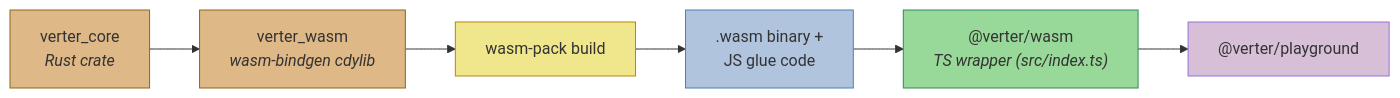
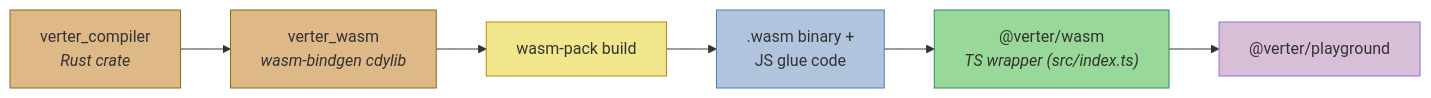
Before and after one commit to pikax/verter: the first of 3 diagrams in packages/wasm/README.md, drawn with Mermaid. The commit also changed other lines of this file and 29 other files, not shown here.

````diff
--- a/packages/wasm/README.md
+++ b/packages/wasm/README.md
@@ -16,15 +16,15 @@
 ```mermaid
 graph LR
-    A["verter_core<br/><i>Rust crate</i>"] --> B["verter_wasm<br/><i>wasm-bindgen cdylib</i>"]
+    A["verter_compiler<br/><i>Rust crate</i>"] --> B["verter_wasm<br/><i>wasm-bindgen cdylib</i>"]
     B --> C["wasm-pack build"]
     C --> D[".wasm binary +<br/>JS glue code"]
     D --> E["@verter/wasm<br/><i>TS wrapper (src/index.ts)</i>"]
     E --> F["@verter/playground"]
 
     style A fill:#deb887,stroke:#8b6914
     style B fill:#deb887,stroke:#8b6914
     style C fill:#f0e68c,stroke:#b8860b
     style D fill:#b0c4de,stroke:#4682b4
     style E fill:#98d898,stroke:#2e8b57
     style F fill:#d8bfd8,stroke:#9370db
 ```
````
